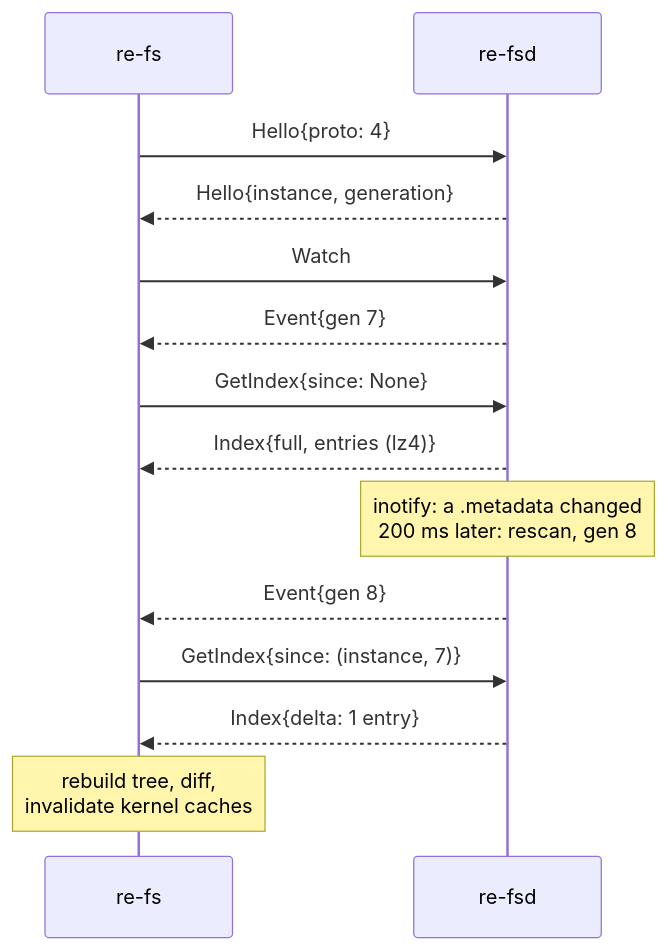
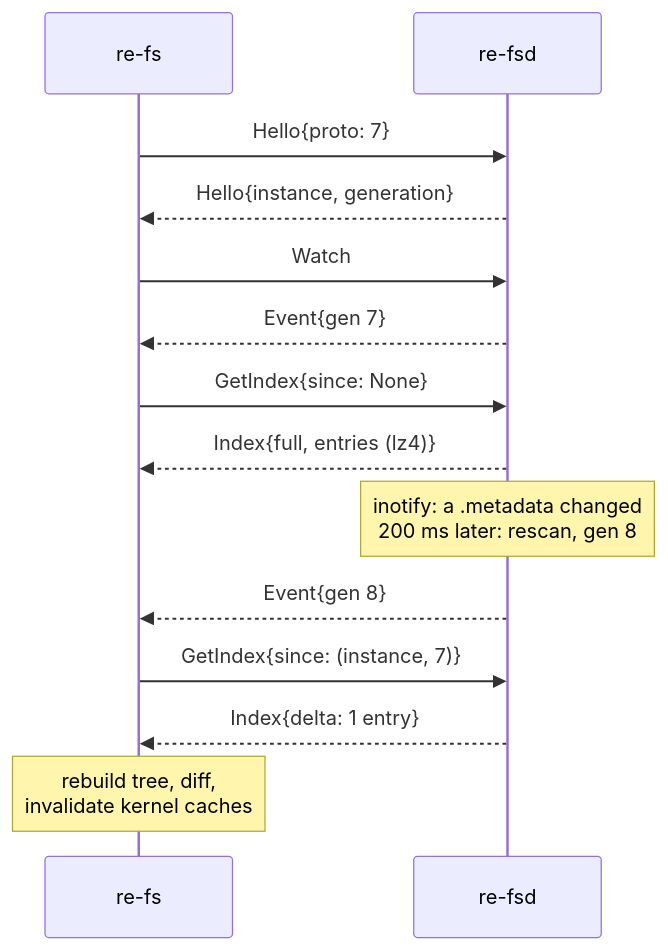
One commit to Skydive/re-fs changed the first of 2 diagrams in docs/wiki/Wire-Protocol.md. Above: the diagram before and after it, drawn with Mermaid. The commit also changed other lines of this file and 23 other files, not shown here.

````diff
--- a/docs/wiki/Wire-Protocol.md
+++ b/docs/wiki/Wire-Protocol.md
@@ -47,16 +47,16 @@
 ```mermaid
 sequenceDiagram
   participant C as re-fs
   participant A as re-fsd
-  C->>A: Hello{proto: 4}
+  C->>A: Hello{proto: 7}
   A-->>C: Hello{instance, generation}
   C->>A: Watch
   A-->>C: Event{gen 7}
   C->>A: GetIndex{since: None}
   A-->>C: Index{full, entries (lz4)}
   Note over A: inotify: a .metadata changed<br/>200 ms later: rescan, gen 8
   A-->>C: Event{gen 8}
   C->>A: GetIndex{since: (instance, 7)}
   A-->>C: Index{delta: 1 entry}
   Note over C: rebuild tree, diff,<br/>invalidate kernel caches
 ```
````
